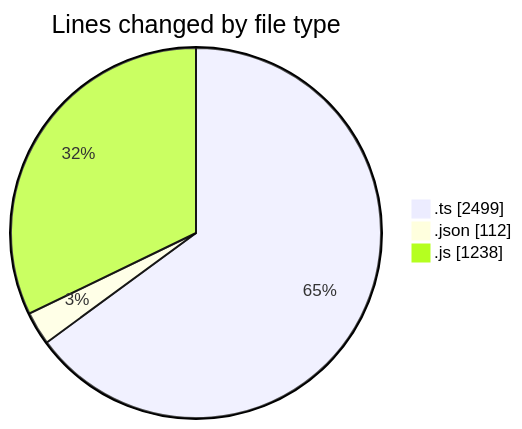
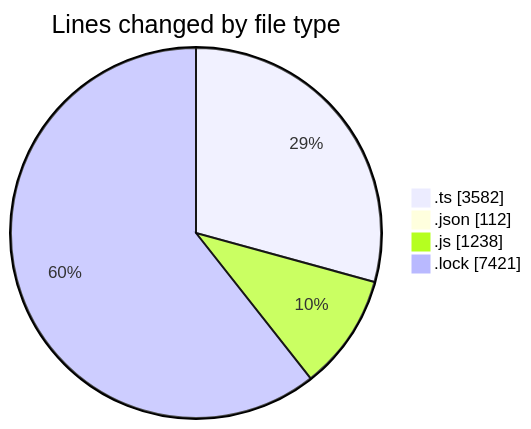
One commit to momahboobian/code-tracking changed the first of 2 diagrams in 2025-07-30/cda/README.md. Above: the diagram before and after it, drawn with Mermaid. The commit also changed other lines of this file and 1 other file, not shown here.

````diff
--- a/2025-07-30/cda/README.md
+++ b/2025-07-30/cda/README.md
@@ -26,7 +28,8 @@
 ```mermaid
 pie showData
 title Lines changed by file type
-".ts" : 2499
+".ts" : 3582
 ".json" : 112
 ".js" : 1238
+".lock" : 7421
 ```
````
